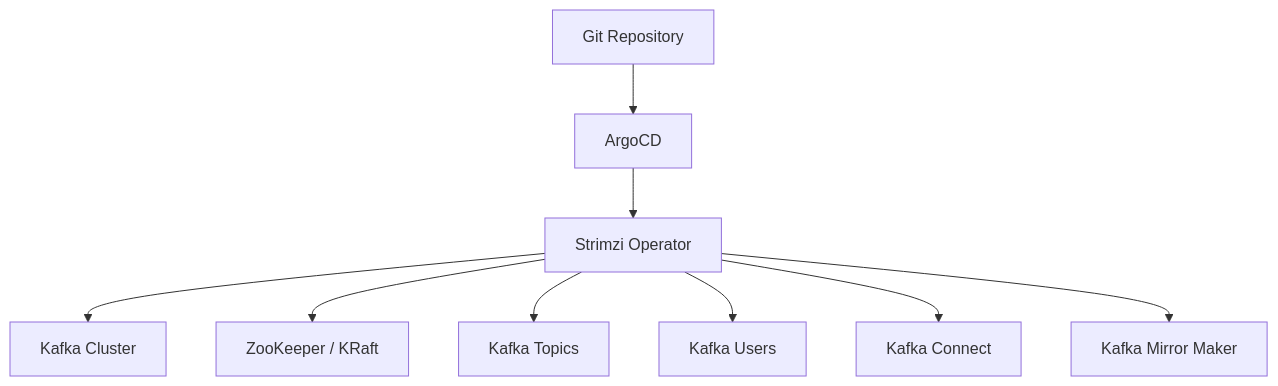
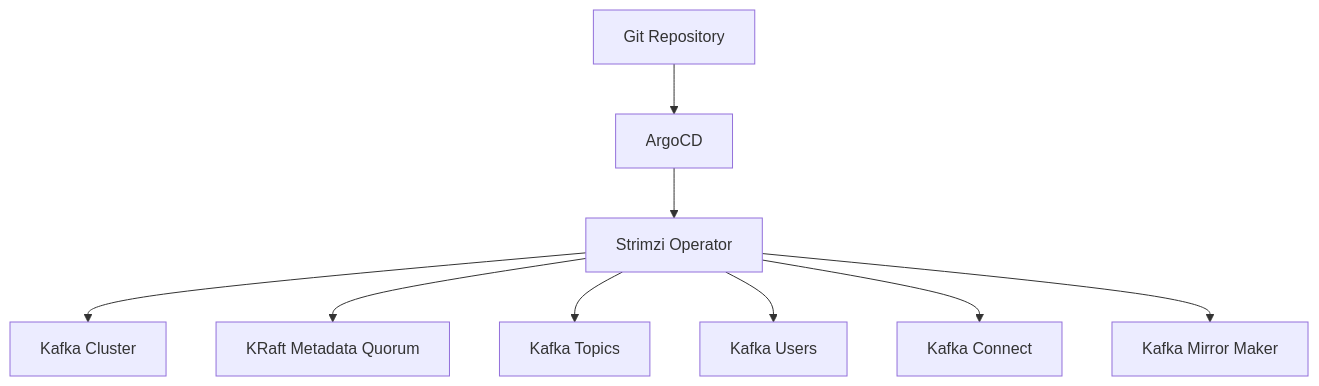
One commit to OneUptime/blog changed the diagram in posts/2026-02-26-how-to-deploy-the-strimzi-kafka-operator-with-argocd/README.md. Above: the diagram before and after it, drawn with Mermaid. The commit also changed other lines of this file and 2 other files, not shown here.

````diff
--- a/posts/2026-02-26-how-to-deploy-the-strimzi-kafka-operator-with-argocd/README.md
+++ b/posts/2026-02-26-how-to-deploy-the-strimzi-kafka-operator-with-argocd/README.md
@@ -21,11 +21,11 @@
 ```mermaid
 graph TD
     A[Git Repository] --> B[ArgoCD]
     B --> C[Strimzi Operator]
     C --> D[Kafka Cluster]
-    C --> E[ZooKeeper / KRaft]
+    C --> E[KRaft Metadata Quorum]
     C --> F[Kafka Topics]
     C --> G[Kafka Users]
     C --> H[Kafka Connect]
     C --> I[Kafka Mirror Maker]
 ```
````
